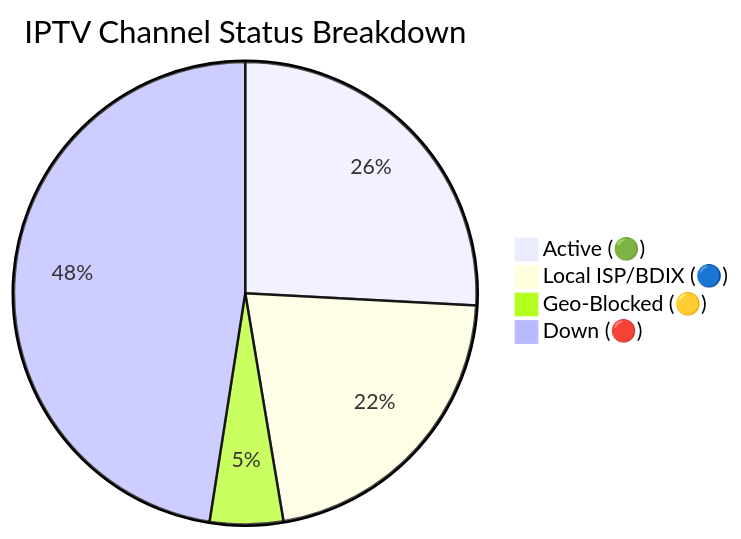
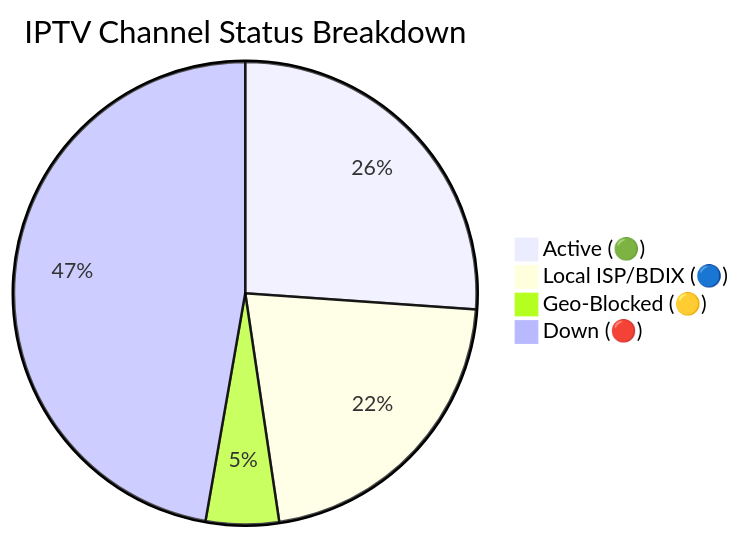
The diagram in README.md (Zaman-Topu/Ip-tv-Collection), drawn with Mermaid before and after one commit. The commit also changed other lines of this file and 3 other files, not shown here.

````diff
--- a/README.md
+++ b/README.md
@@ -118,7 +118,7 @@
 ```mermaid
 pie title IPTV Channel Status Breakdown
-    "Active (🟢)" : 10765
-    "Local ISP/BDIX (🔵)" : 8967
-    "Geo-Blocked (🟡)" : 2131
-    "Down (🔴)" : 19805
+    "Active (🟢)" : 10887
+    "Local ISP/BDIX (🔵)" : 8973
+    "Geo-Blocked (🟡)" : 2127
+    "Down (🔴)" : 19694
 ```
````
